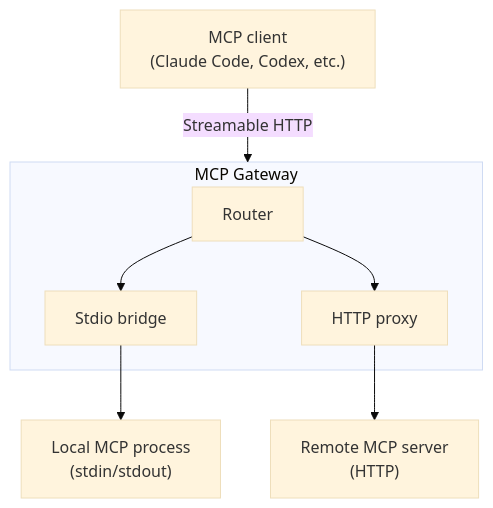
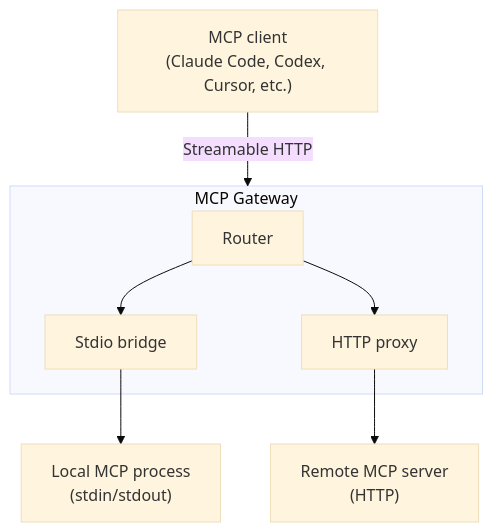
Before and after one commit to Rai-onl/mcp-gateway: the diagram in README.md, drawn with Mermaid (base theme). The commit also changed other lines of this file and 48 other files, not shown here.

````diff
--- a/README.md
+++ b/README.md
@@ -7,14 +9,14 @@
 ```mermaid
 flowchart TB
-    client["MCP client<br/>(Claude Code, Codex, etc.)"]
-    client -->|"Streamable HTTP"| gateway
+	client["MCP client<br/>(Claude Code, Codex, Cursor, etc.)"]
+	client -->|"Streamable HTTP"| gateway
 
-    subgraph gateway["MCP Gateway"]
-        router["Router"]
-        router --> bridge["Stdio bridge"]
-        router --> proxy["HTTP proxy"]
-    end
+	subgraph gateway["MCP Gateway"]
+		router["Router"]
+		router --> bridge["Stdio bridge"]
+		router --> proxy["HTTP proxy"]
+	end
 
-    bridge --> local["Local MCP process<br/>(stdin/stdout)"]
-    proxy --> upstream["Remote MCP server<br/>(HTTP)"]
+	bridge --> local["Local MCP process<br/>(stdin/stdout)"]
+	proxy --> upstream["Remote MCP server<br/>(HTTP)"]
 ```
````
